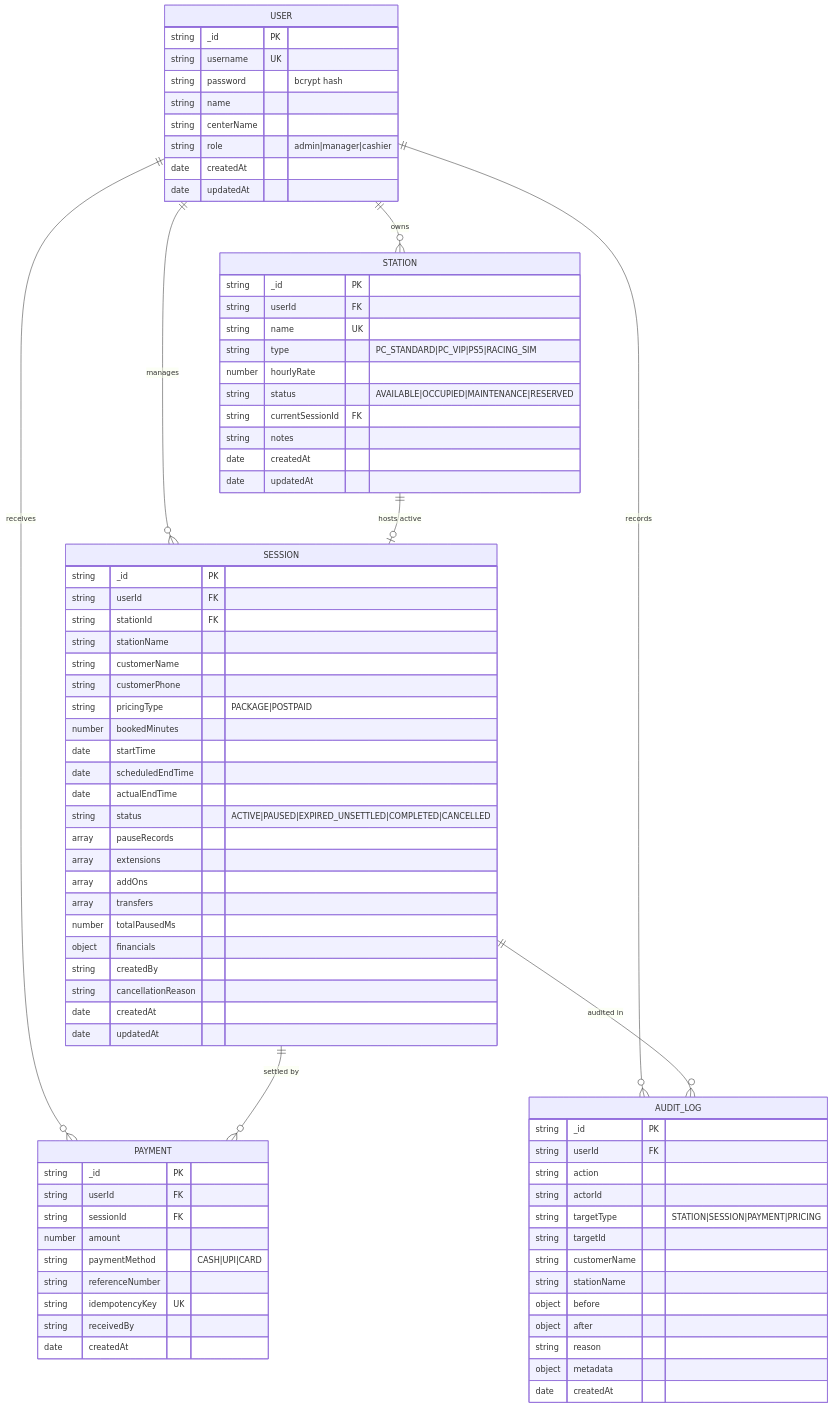
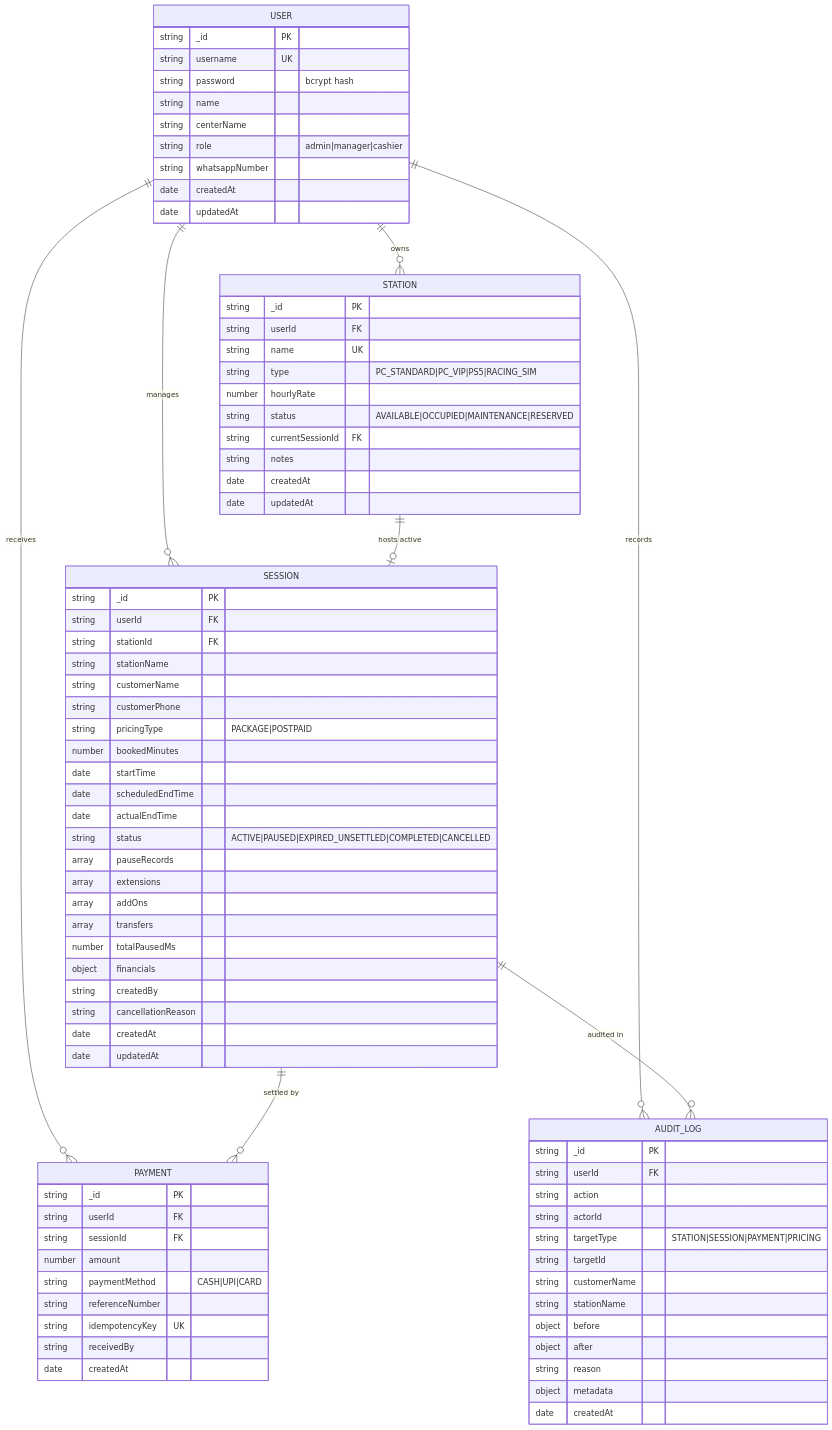
The second of 5 diagrams in ARCHITECTURE.md (RaiyanMatadar/gaming_managment_system), drawn with Mermaid before and after one commit. The commit also changed other lines of this file and 32 other files, not shown here.

```diff
--- a/ARCHITECTURE.md
+++ b/ARCHITECTURE.md
@@ -124,6 +125,7 @@
         string name
         string centerName
         string role "admin|manager|cashier"
+        string whatsappNumber
         date createdAt
         date updatedAt
     }
```
